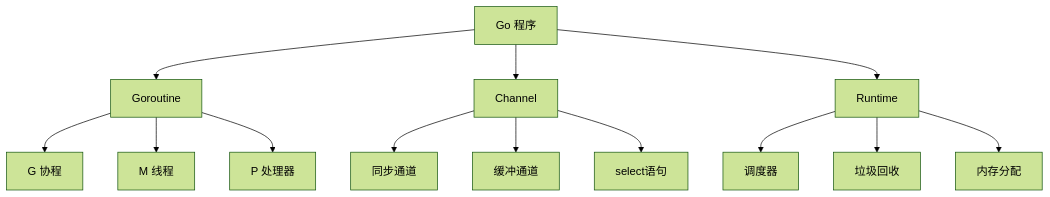
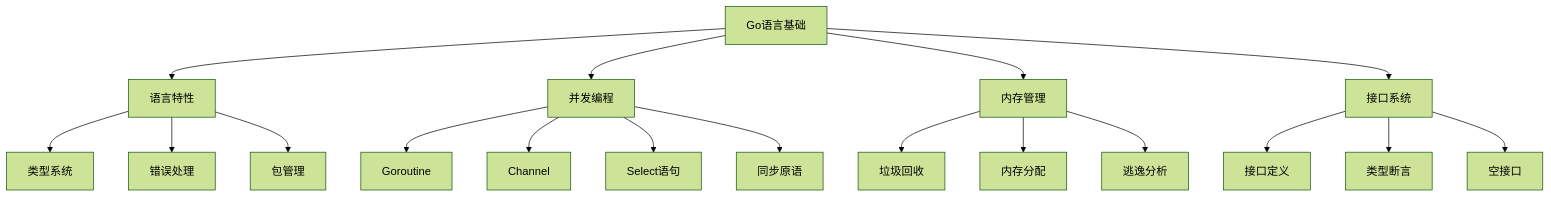
The diagram in questions/backend/go-basics.md (ming-xwolf/IQB), drawn with Mermaid (forest theme) before and after one commit. The commit also changed other lines of this file and 23 other files, not shown here.

Commit message:
优化后端面试题：重构理论与代码分离，优化Mermaid图表和文档结构

````diff
--- a/questions/backend/go-basics.md
+++ b/questions/backend/go-basics.md
@@ -19,18 +31,24 @@
 ```mermaid
 graph TD
-    A[Go 程序] --> B[Goroutine]
-    A --> C[Channel]
-    A --> D[Runtime]
+    A[Go语言基础] --> B[语言特性]
+    A --> C[并发编程]
+    A --> D[内存管理]
+    A --> E[接口系统]
     
-    B --> B1[G 协程]
-    B --> B2[M 线程]
-    B --> B3[P 处理器]
+    B --> B1[类型系统]
+    B --> B2[错误处理]
+    B --> B3[包管理]
     
-    C --> C1[同步通道]
-    C --> C2[缓冲通道]
-    C --> C3[select语句]
+    C --> C1[Goroutine]
+    C --> C2[Channel]
+    C --> C3[Select语句]
+    C --> C4[同步原语]
     
-    D --> D1[调度器]
-    D --> D2[垃圾回收]
-    D --> D3[内存分配]
+    D --> D1[垃圾回收]
+    D --> D2[内存分配]
+    D --> D3[逃逸分析]
+    
+    E --> E1[接口定义]
+    E --> E2[类型断言]
+    E --> E3[空接口]
 ```
````
